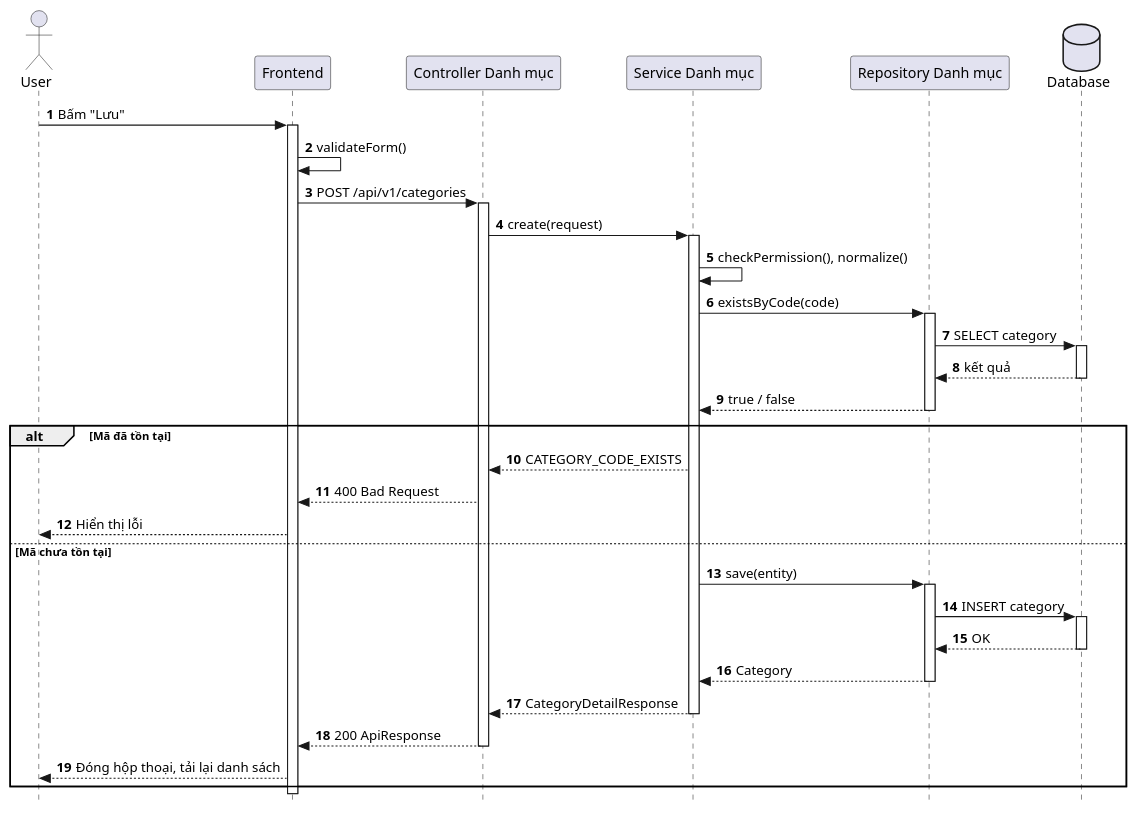
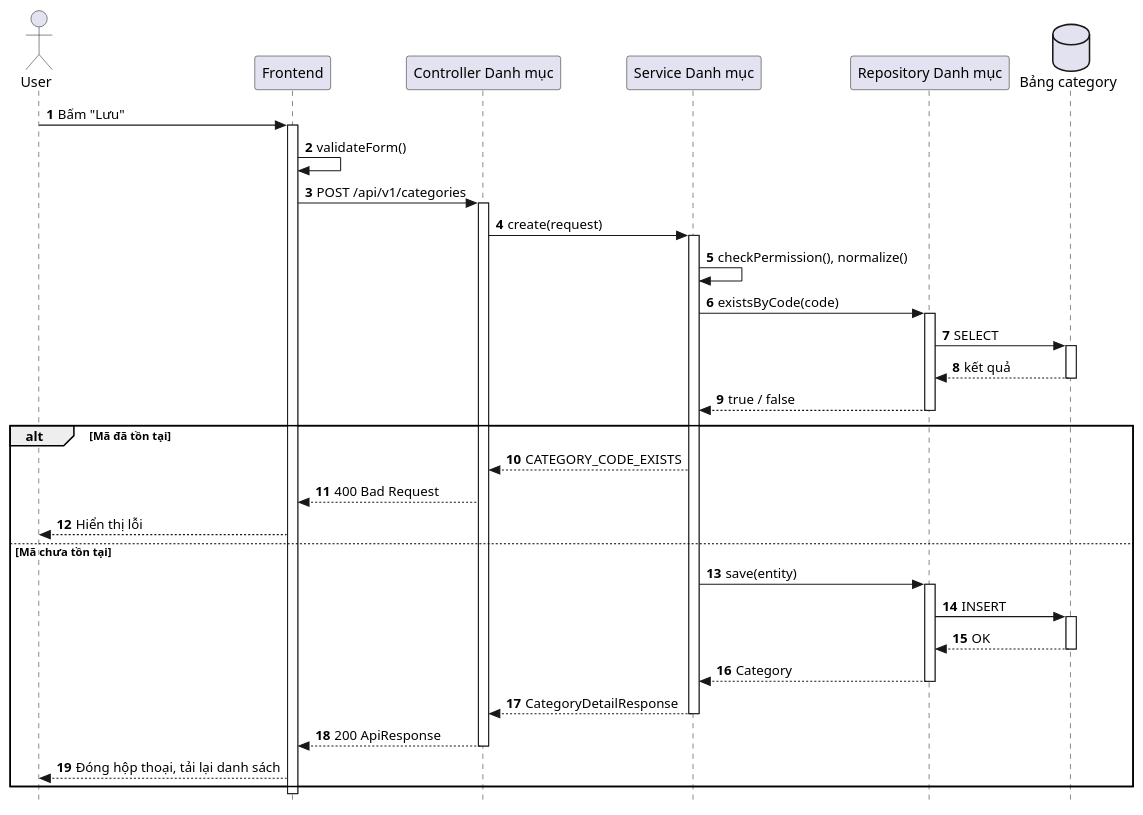
Before and after one commit to Do-Trung-Quan/VDT26-GD2-CtV_Flow_Tracer: the diagram in .context/overview.md, drawn with PlantUML. The commit also changed other lines of this file and 135 other files, not shown here.

Commit message:
feat: gd3 - thêm BE FE cho module hiển thị diagram BE

````diff
--- a/.context/overview.md
+++ b/.context/overview.md
@@ -610,50 +627,50 @@
 ```plantuml
 @startuml Them_Moi_Danh_Muc
 autonumber
 skinparam style strictuml
 skinparam responseMessageBelowArrow true
 actor "User" as User
 participant "Frontend" as FE
 participant "Controller Danh mục" as C1
 participant "Service Danh mục" as S1
 participant "Repository Danh mục" as R1
-database "Database" as DB
+database "Bảng category" as DB
 
 User -> FE: Bấm "Lưu"
 activate FE
 FE -> FE: validateForm()
 FE -> C1: POST /api/v1/categories
 activate C1
 C1 -> S1: create(request)
 activate S1
 S1 -> S1: checkPermission(), normalize()
 S1 -> R1: existsByCode(code)
 activate R1
-R1 -> DB: SELECT category
+R1 -> DB: SELECT
 activate DB
 DB --> R1: kết quả
 deactivate DB
 R1 --> S1: true / false
 deactivate R1
 alt Mã đã tồn tại
   S1 --> C1: CATEGORY_CODE_EXISTS
   C1 --> FE: 400 Bad Request
   FE --> User: Hiển thị lỗi
 else Mã chưa tồn tại
   S1 -> R1: save(entity)
   activate R1
-  R1 -> DB: INSERT category
+  R1 -> DB: INSERT
   activate DB
   DB --> R1: OK
   deactivate DB
   R1 --> S1: Category
   deactivate R1
   S1 --> C1: CategoryDetailResponse
   deactivate S1
   C1 --> FE: 200 ApiResponse
   deactivate C1
   FE --> User: Đóng hộp thoại, tải lại danh sách
 end
 deactivate FE
 @enduml
 ```
````
